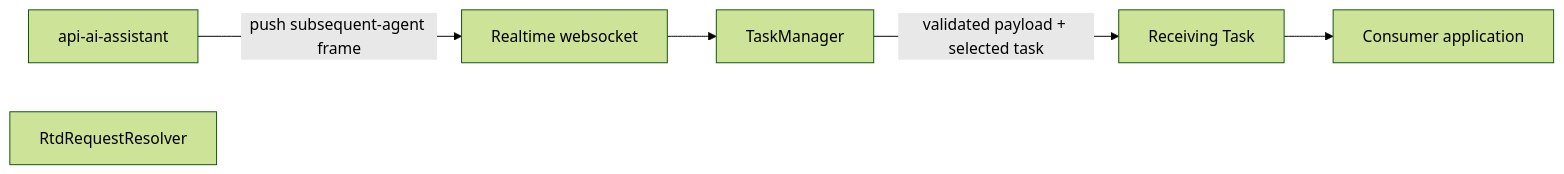
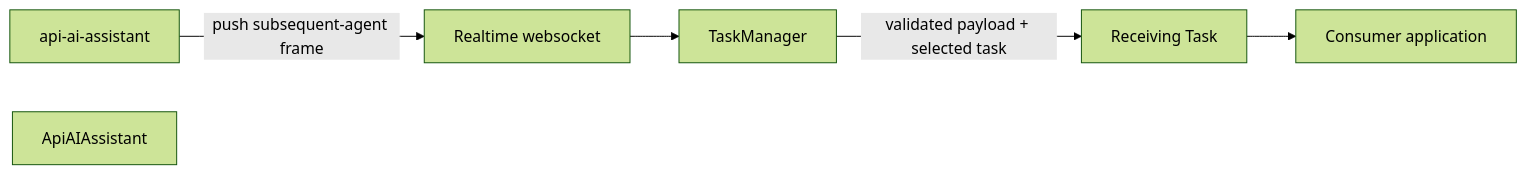
One commit to webex/webex-js-sdk changed the ninth of 10 diagrams in packages/@webex/contact-center/src/services/task/ai-docs/ARCHITECTURE.md. Above: the diagram before and after it, drawn with Mermaid (forest theme). The commit also changed other lines of this file and 22 other files, not shown here.

````diff
--- a/packages/@webex/contact-center/src/services/task/ai-docs/ARCHITECTURE.md
+++ b/packages/@webex/contact-center/src/services/task/ai-docs/ARCHITECTURE.md
@@ -528,14 +528,14 @@
 ```mermaid
 flowchart LR
   Backend[api-ai-assistant]
   RTD[Realtime websocket]
   TM[TaskManager]
-  Resolver[RtdRequestResolver]
+  Api[ApiAIAssistant]
   Task[Receiving Task]
   App[Consumer application]
 
   Backend -->|push subsequent-agent frame| RTD
   RTD --> TM
   TM -->|validated payload + selected task| Task
   Task --> App
 ```
````
